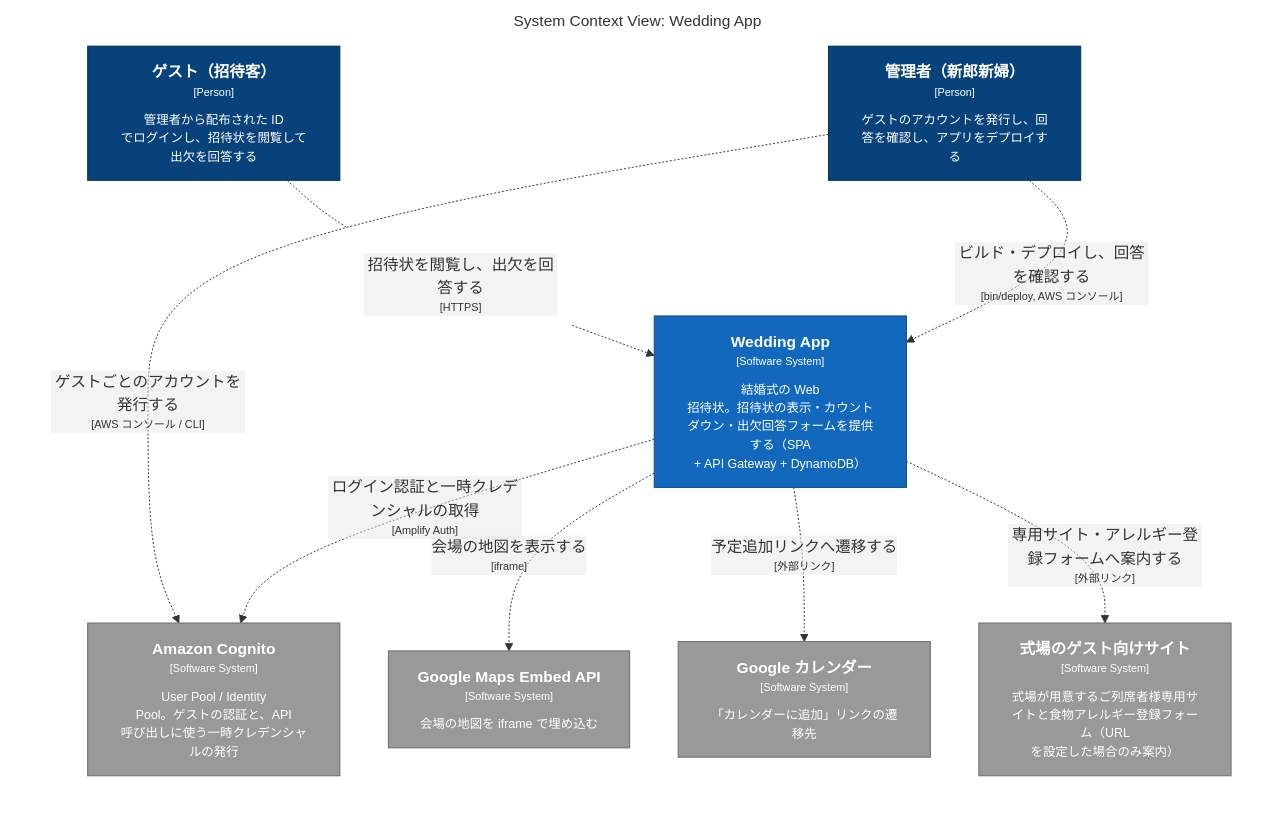
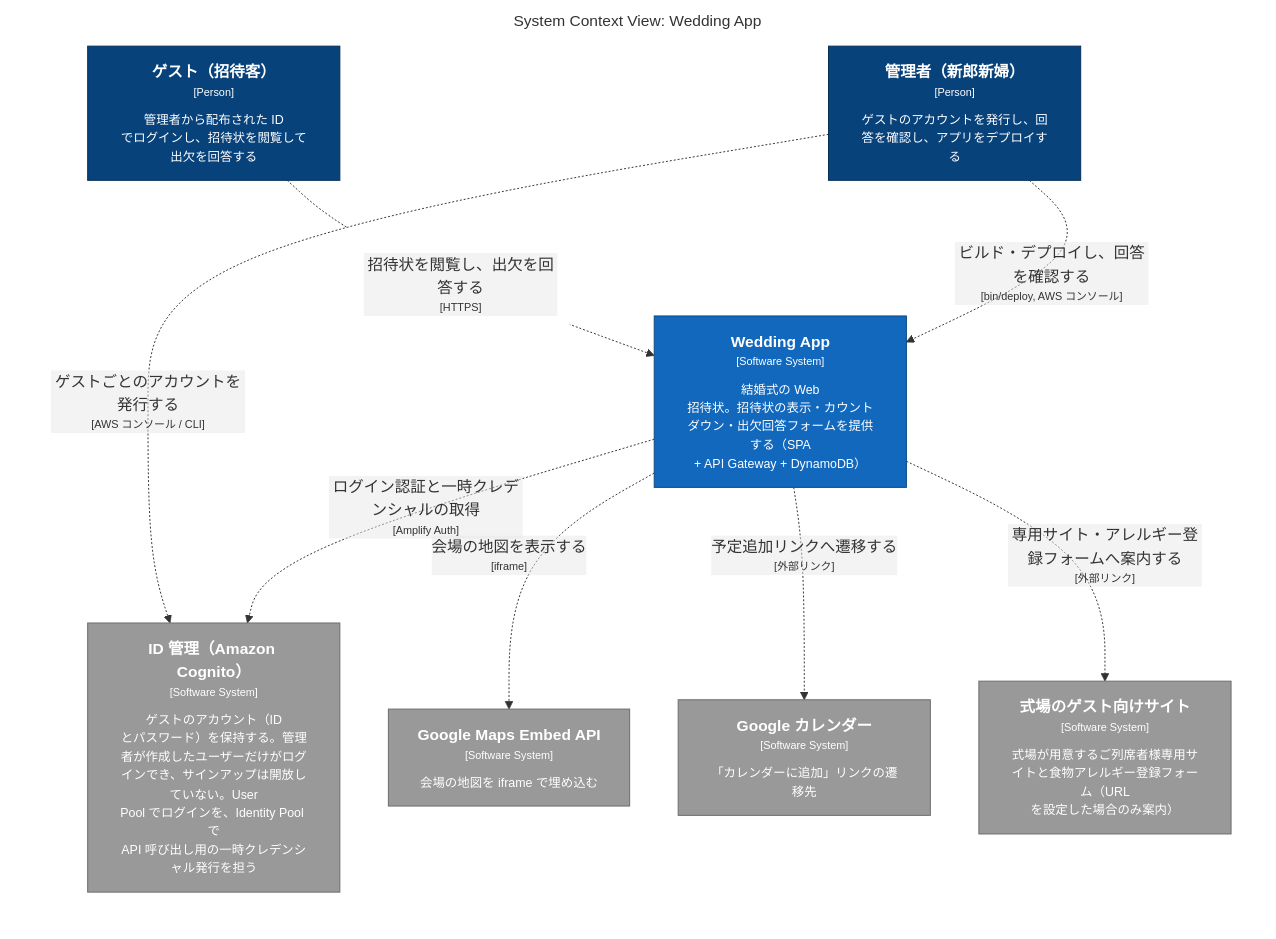
One commit to Yuchan4342/wedding-app changed the first of 2 diagrams in docs/architecture/README.md. Above: the diagram before and after it, drawn with Mermaid. The commit also changed other lines of this file and 3 other files, not shown here.

First line of the commit message:
Cognito の要素名を「ID 管理（Amazon Cognito）」にする

````diff
--- a/docs/architecture/README.md
+++ b/docs/architecture/README.md
@@ -19,32 +19,32 @@
 ```mermaid
 graph LR
   linkStyle default fill:#ffffff
 
   subgraph diagram ["System Context View: Wedding App"]
     style diagram fill:#ffffff,stroke:#ffffff
 
     1["<div style='font-weight: bold'>ゲスト（招待客）</div><div style='font-size: 70%; margin-top: 0px'>[Person]</div><div style='font-size: 80%; margin-top:10px'>管理者から配布された ID<br />でログインし、招待状を閲覧して出欠を回答する</div>"]
     style 1 fill:#08427b,stroke:#052e56,color:#ffffff
     10["<div style='font-weight: bold'>Google Maps Embed API</div><div style='font-size: 70%; margin-top: 0px'>[Software System]</div><div style='font-size: 80%; margin-top:10px'>会場の地図を iframe で埋め込む</div>"]
     style 10 fill:#999999,stroke:#6b6b6b,color:#ffffff
     11["<div style='font-weight: bold'>Google カレンダー</div><div style='font-size: 70%; margin-top: 0px'>[Software System]</div><div style='font-size: 80%; margin-top:10px'>「カレンダーに追加」リンクの遷移先</div>"]
     style 11 fill:#999999,stroke:#6b6b6b,color:#ffffff
     12["<div style='font-weight: bold'>式場のゲスト向けサイト</div><div style='font-size: 70%; margin-top: 0px'>[Software System]</div><div style='font-size: 80%; margin-top:10px'>式場が用意するご列席者様専用サイトと食物アレルギー登録フォーム（URL<br />を設定した場合のみ案内）</div>"]
     style 12 fill:#999999,stroke:#6b6b6b,color:#ffffff
     2["<div style='font-weight: bold'>管理者（新郎新婦）</div><div style='font-size: 70%; margin-top: 0px'>[Person]</div><div style='font-size: 80%; margin-top:10px'>ゲストのアカウントを発行し、回答を確認し、アプリをデプロイする</div>"]
     style 2 fill:#08427b,stroke:#052e56,color:#ffffff
     3["<div style='font-weight: bold'>Wedding App</div><div style='font-size: 70%; margin-top: 0px'>[Software System]</div><div style='font-size: 80%; margin-top:10px'>結婚式の Web<br />招待状。招待状の表示・カウントダウン・出欠回答フォームを提供する（SPA<br />+ API Gateway + DynamoDB）</div>"]
     style 3 fill:#1168bd,stroke:#0b4884,color:#ffffff
-    9["<div style='font-weight: bold'>Amazon Cognito</div><div style='font-size: 70%; margin-top: 0px'>[Software System]</div><div style='font-size: 80%; margin-top:10px'>User Pool / Identity<br />Pool。ゲストの認証と、API<br />呼び出しに使う一時クレデンシャルの発行</div>"]
+    9["<div style='font-weight: bold'>ID 管理（Amazon Cognito）</div><div style='font-size: 70%; margin-top: 0px'>[Software System]</div><div style='font-size: 80%; margin-top:10px'>ゲストのアカウント（ID<br />とパスワード）を保持する。管理者が作成したユーザーだけがログインでき、サインアップは開放していない。User<br />Pool でログインを、Identity Pool で<br />API 呼び出し用の一時クレデンシャル発行を担う</div>"]
     style 9 fill:#999999,stroke:#6b6b6b,color:#ffffff
 
     1-. "<div>招待状を閲覧し、出欠を回答する</div><div style='font-size: 70%'>[HTTPS]</div>" .->3
     2-. "<div>ビルド・デプロイし、回答を確認する</div><div style='font-size: 70%'>[bin/deploy, AWS コンソール]</div>" .->3
     2-. "<div>ゲストごとのアカウントを発行する</div><div style='font-size: 70%'>[AWS コンソール / CLI]</div>" .->9
     3-. "<div>ログイン認証と一時クレデンシャルの取得</div><div style='font-size: 70%'>[Amplify Auth]</div>" .->9
     3-. "<div>会場の地図を表示する</div><div style='font-size: 70%'>[iframe]</div>" .->10
     3-. "<div>予定追加リンクへ遷移する</div><div style='font-size: 70%'>[外部リンク]</div>" .->11
     3-. "<div>専用サイト・アレルギー登録フォームへ案内する</div><div style='font-size: 70%'>[外部リンク]</div>" .->12
 
   end
 ```
````
